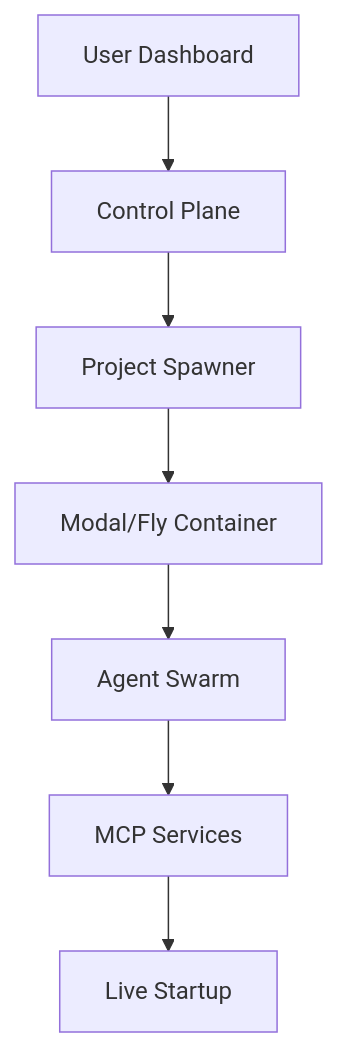
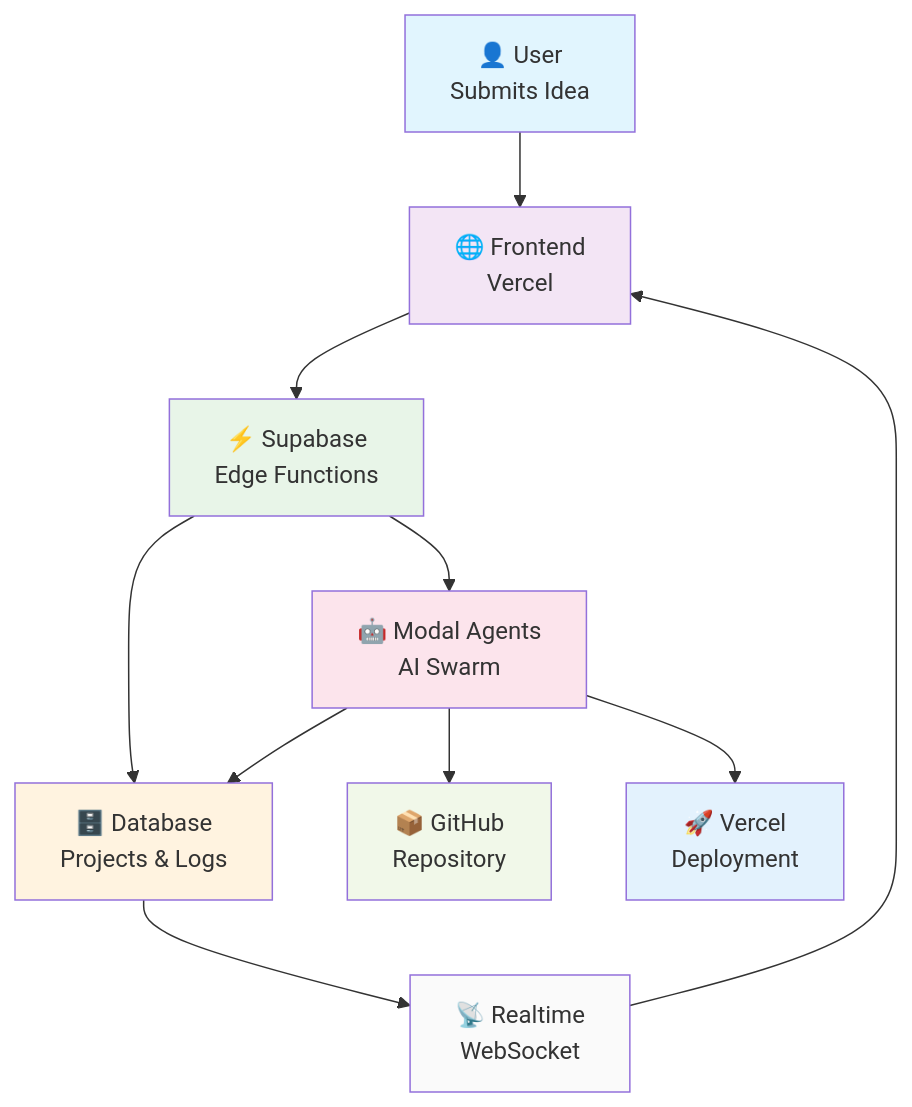
One commit to jakowiren/my-yc changed the diagram in README.md. Above: the diagram before and after it, drawn with Mermaid. The commit also changed other lines of this file, not shown here.

First line of the commit message:
Clean up README with production architecture and Mermaid diagram

````diff
--- a/README.md
+++ b/README.md
@@ -24,9 +11,21 @@
 ```mermaid
-graph TB
-    A[User Dashboard] --> B[Control Plane]
-    B --> C[Project Spawner]
-    C --> D[Modal/Fly Container]
-    D --> E[Agent Swarm]
-    E --> F[MCP Services]
-    F --> G[Live Startup]
+graph TD
+    A[👤 User<br/>Submits Idea] --> B[🌐 Frontend<br/>Vercel]
+    B --> C[⚡ Supabase<br/>Edge Functions]
+    C --> D[🗄️ Database<br/>Projects & Logs]
+    C --> E[🤖 Modal Agents<br/>AI Swarm]
+    E --> F[📦 GitHub<br/>Repository]
+    E --> G[🚀 Vercel<br/>Deployment]
+    E --> D
+    D --> H[📡 Realtime<br/>WebSocket]
+    H --> B
+
+    style A fill:#e1f5fe
+    style B fill:#f3e5f5
+    style C fill:#e8f5e8
+    style D fill:#fff3e0
+    style E fill:#fce4ec
+    style F fill:#f1f8e9
+    style G fill:#e3f2fd
+    style H fill:#fafafa
 ```
````
